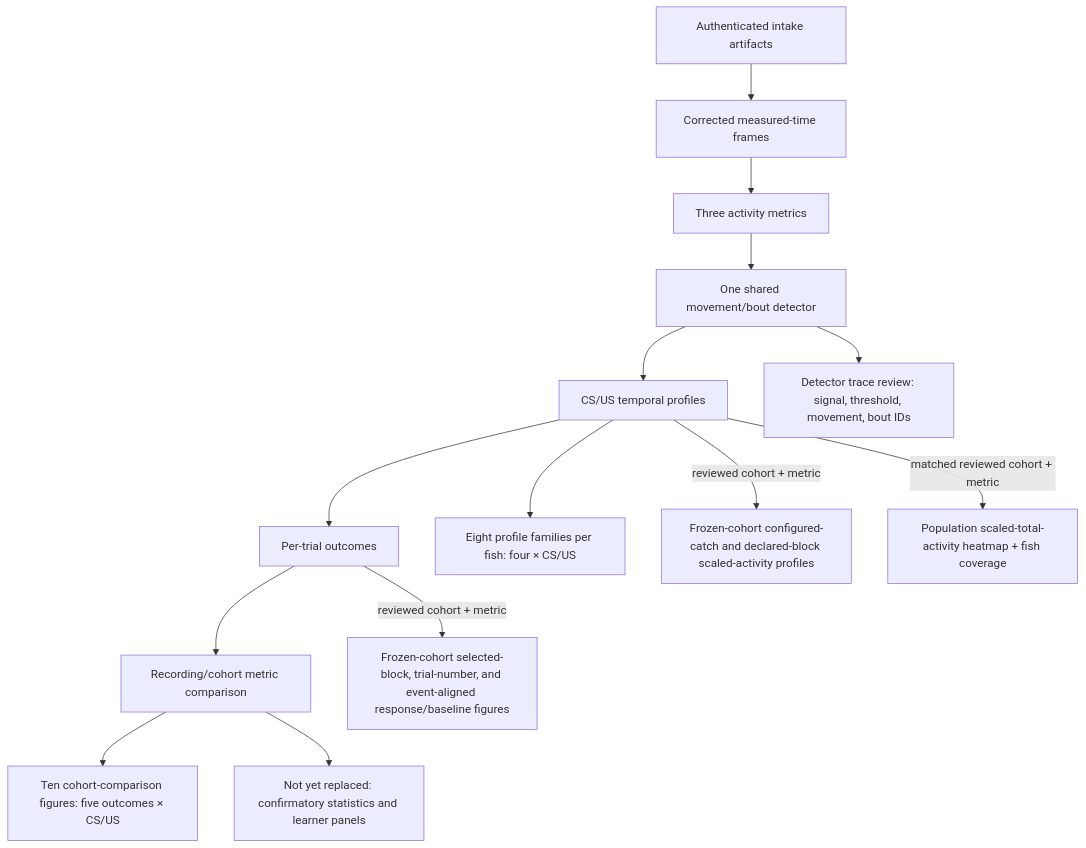
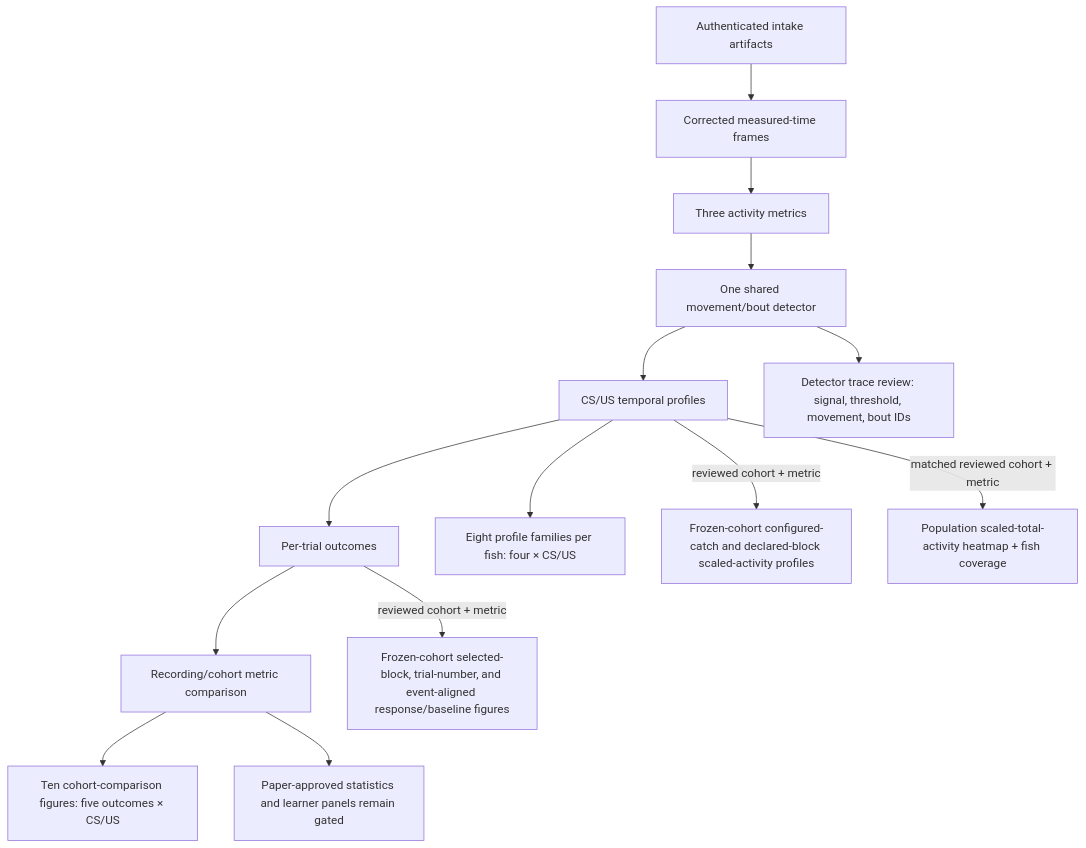
One commit to jasmc/ClassicalConditioning changed the second of 2 diagrams in docs/analysis/figures/FIGURE_PIPELINES.md. Above: the diagram before and after it, drawn with Mermaid. The commit also changed other lines of this file and 51 other files, not shown here.

Commit message:
docs(plans): reorganize analysis roadmap and archives

````diff
--- a/docs/analysis/figures/FIGURE_PIPELINES.md
+++ b/docs/analysis/figures/FIGURE_PIPELINES.md
@@ -44,16 +46,16 @@
 ```mermaid
 flowchart TD
     A["Authenticated intake artifacts"] --> N1["Corrected measured-time frames"]
     N1 --> N2["Three activity metrics"]
     N2 --> N3["One shared movement/bout detector"]
     N3 --> N4["CS/US temporal profiles"]
     N4 --> N5["Per-trial outcomes"]
     N5 --> N6["Recording/cohort metric comparison"]
     N6 --> N7["Ten cohort-comparison figures: five outcomes × CS/US"]
     N4 --> N8["Eight profile families per fish: four × CS/US"]
     N3 --> N9["Detector trace review: signal, threshold, movement, bout IDs"]
-    N6 --> N10["Not yet replaced: confirmatory statistics and learner panels"]
+    N6 --> N10["Paper-approved statistics and learner panels remain gated"]
     N5 -->|reviewed cohort + metric| N11["Frozen-cohort selected-block, trial-number, and event-aligned response/baseline figures"]
     N4 -->|reviewed cohort + metric| N12["Frozen-cohort configured-catch and declared-block scaled-activity profiles"]
     N4 -->|matched reviewed cohort + metric| N13["Population scaled-total-activity heatmap + fish coverage"]
 ```
````
